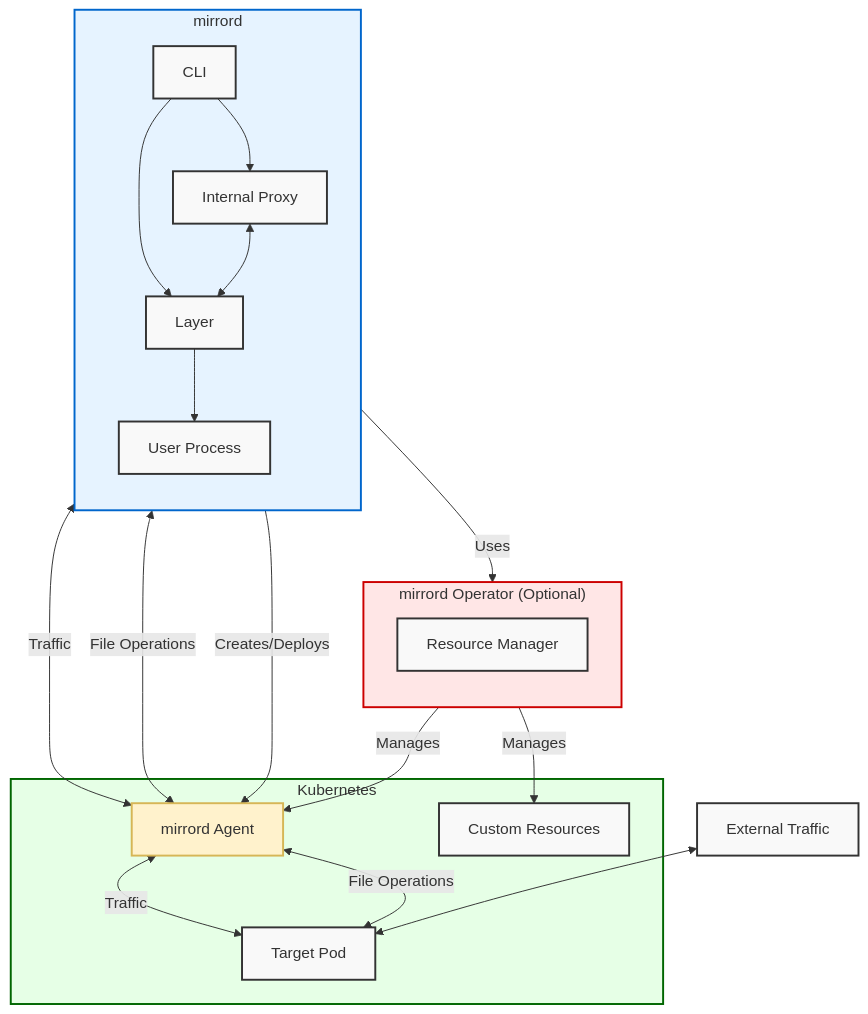
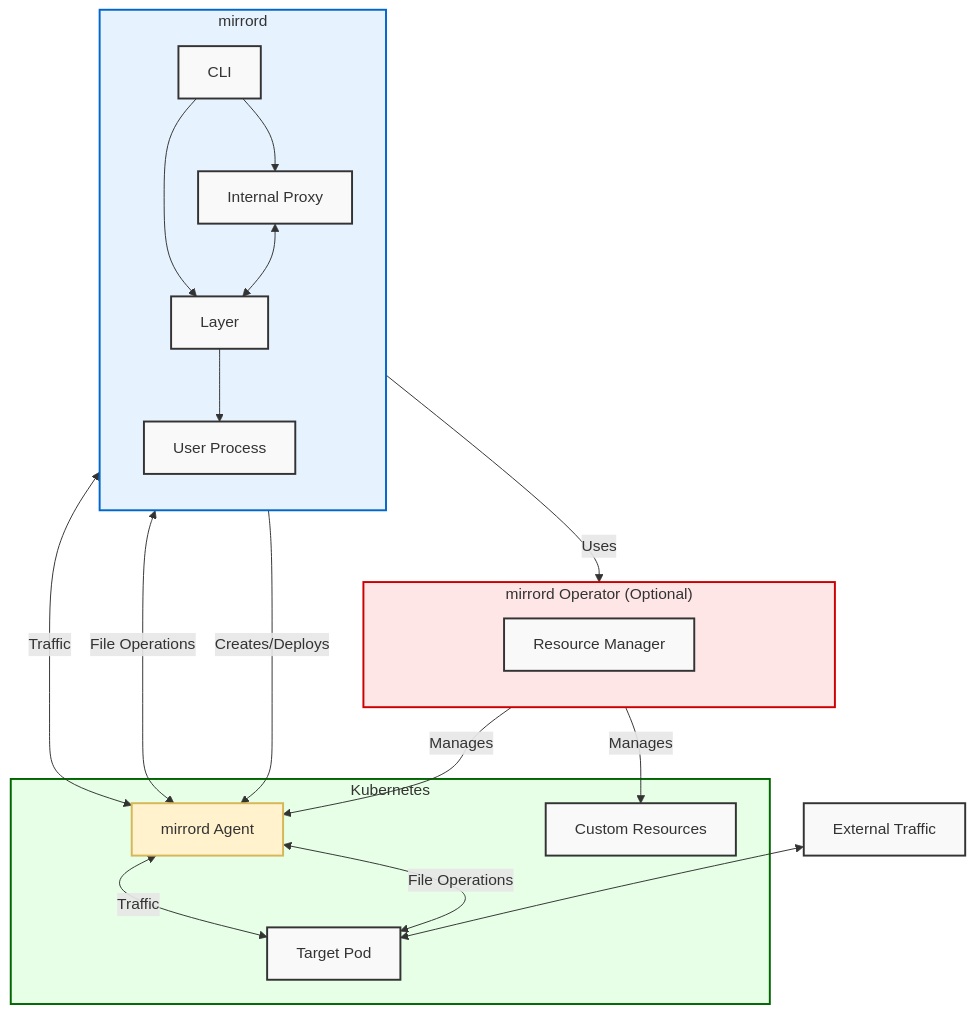
The first of 2 diagrams in CONTRIBUTING.md (metalbear-co/mirrord), drawn with Mermaid before and after one commit.

Commit message:
bigger box for greg

````diff
--- a/CONTRIBUTING.md
+++ b/CONTRIBUTING.md
@@ -628,51 +628,55 @@
 ```mermaid
 graph TB
     ExternalTraffic["External Traffic"]
 
     subgraph mirrord["mirrord"]
         direction TB
         CLI["CLI"]
         Layer["Layer"]
         Process["User Process"]
         IntProxy["Internal Proxy"]
 
         CLI --> Layer
         Layer --> Process
         CLI --> IntProxy
         IntProxy <--> Layer
     end
 
     subgraph K8s["Kubernetes"]
         Agent["mirrord Agent"]
         Pod[Target Pod]
         CRDs[Custom Resources]
     end
 
     subgraph Operator["mirrord Operator (Optional)"]
         direction TB
+        P1[ ]
         Manager["Resource Manager"]
+        P2[ ]
     end
 
     IntProxy <--> |"Traffic"| Agent
     IntProxy <--> |"File Operations"| Agent
     CLI -- "Creates/Deploys" --> Agent
     CLI -- "Uses" --> Operator
 
     Agent <--> |"Traffic"| Pod
     Agent <--> |"File Operations"| Pod
     ExternalTraffic <--> Pod
 
     Operator -- "Manages" --> Agent
     Operator -- "Manages" --> CRDs
 
     classDef default fill:#f9f9f9,stroke:#333,stroke-width:2px
     classDef mirrord fill:#e6f3ff,stroke:#0066cc,stroke-width:2px
     classDef operator fill:#ffe6e6,stroke:#cc0000,stroke-width:2px
     classDef k8s fill:#e6ffe6,stroke:#006600,stroke-width:2px
     classDef agent fill:#fff2cc,stroke:#d6b656,stroke-width:2px
+    classDef padding fill:none,stroke:none
 
     class mirrord mirrord
     class Operator operator
     class K8s k8s
     class Agent agent
+    class P1,P2 padding
 ```
````
